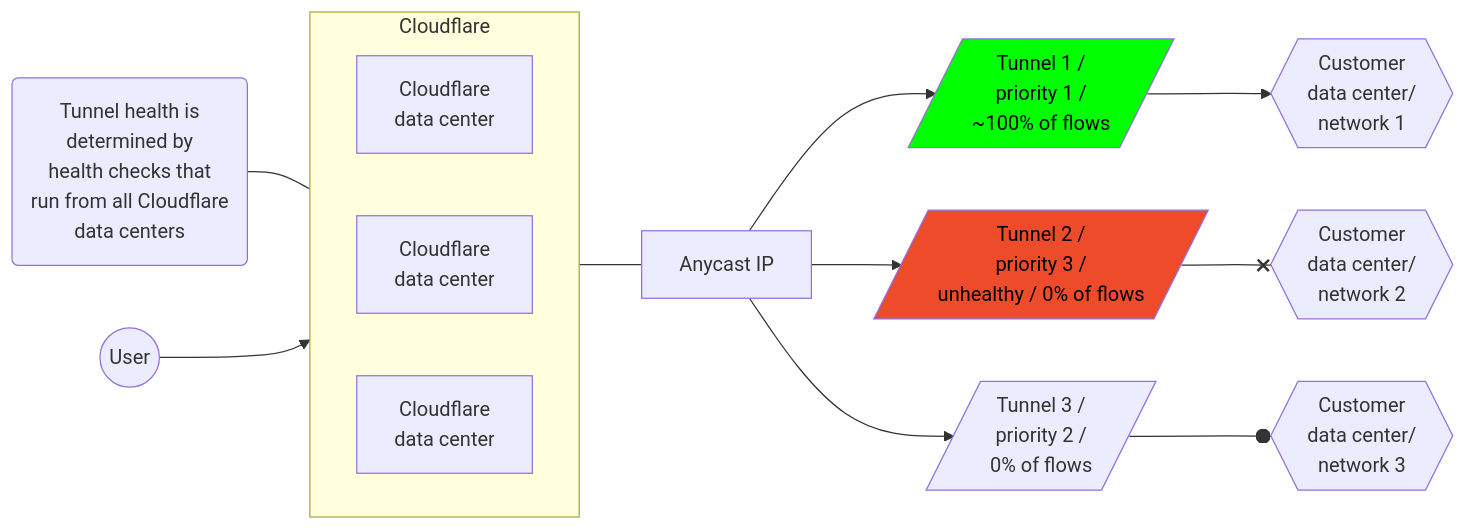
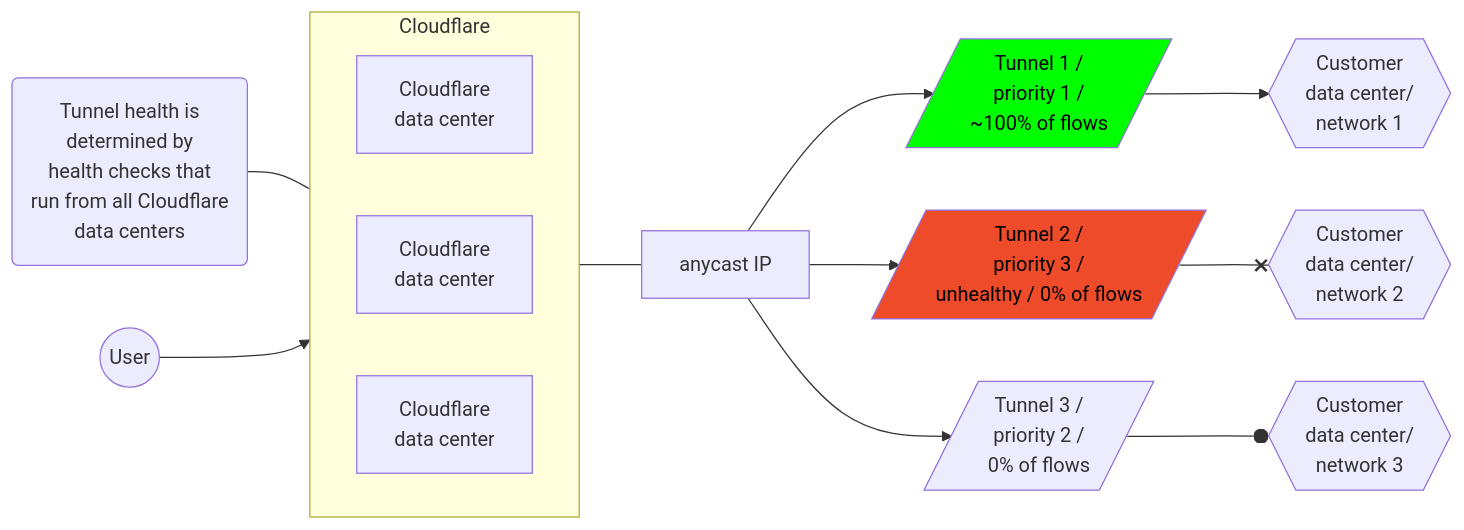
Before and after one commit to cloudflare/cloudflare-docs: the third of 4 diagrams in content/magic-transit/_partials/_traffic-steering.md, drawn with Mermaid. The commit also changed other lines of this file and 13 other files, not shown here.

````diff
--- a/content/magic-transit/_partials/_traffic-steering.md
+++ b/content/magic-transit/_partials/_traffic-steering.md
@@ -87,20 +87,20 @@
 ```mermaid
 flowchart LR
 accTitle: Tunnels diagram
 accDescr: This example has Tunnel 2 unhealthy, and all traffic prioritized to Tunnel 1.
 
 subgraph Cloudflare
 direction LR
 B[Cloudflare <br> data center]
 C[Cloudflare <br> data center]
 D[Cloudflare <br> data center]
 end
 
 Z(Tunnel health is <br> determined by <br> health checks that <br> run from all Cloudflare <br> data centers) --- Cloudflare
-A((User)) --> Cloudflare --- E[Anycast IP]
-E[Anycast IP] --> F[/"Tunnel 1 / <br> priority 1 / <br> ~100% of flows"/]:::green --> I{{Customer <br> data center/ <br> network 1}}
-E[Anycast IP] --> G[/Tunnel 2 / <br> priority 3 / <br> unhealthy / 0% of flows/]:::red --x J{{Customer <br> data center/ <br> network 2}}
-E[Anycast IP] --> H[/Tunnel 3 / <br> priority 2 / <br> 0% of flows/] --o K{{Customer <br> data center/ <br> network 3}}
+A((User)) --> Cloudflare --- E[anycast IP]
+E[anycast IP] --> F[/"Tunnel 1 / <br> priority 1 / <br> ~100% of flows"/]:::green --> I{{Customer <br> data center/ <br> network 1}}
+E[anycast IP] --> G[/Tunnel 2 / <br> priority 3 / <br> unhealthy / 0% of flows/]:::red --x J{{Customer <br> data center/ <br> network 2}}
+E[anycast IP] --> H[/Tunnel 3 / <br> priority 2 / <br> 0% of flows/] --o K{{Customer <br> data center/ <br> network 3}}
 classDef red fill:#EE4B2B,color: black
 classDef green fill:#00FF00,color: black
 ```
````
